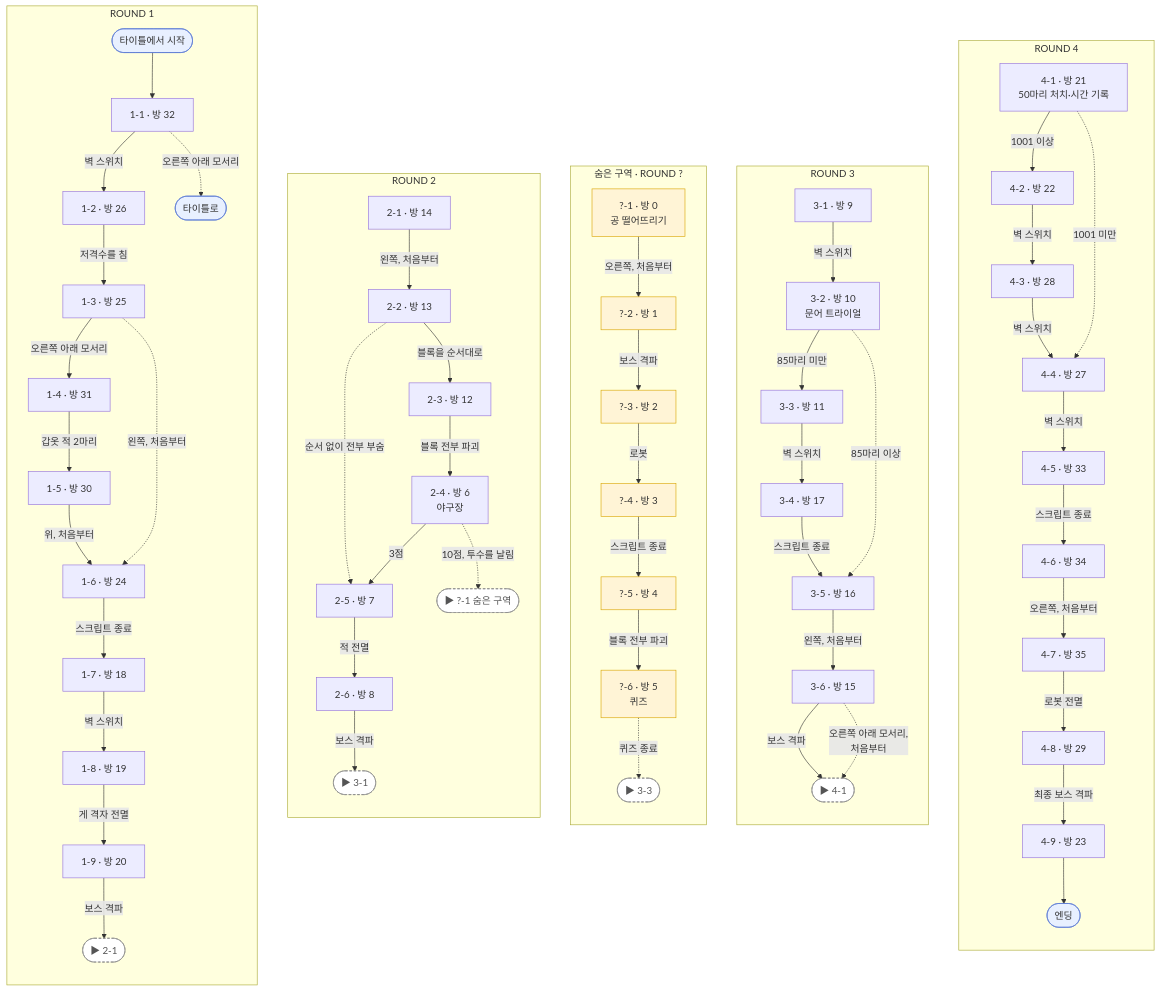
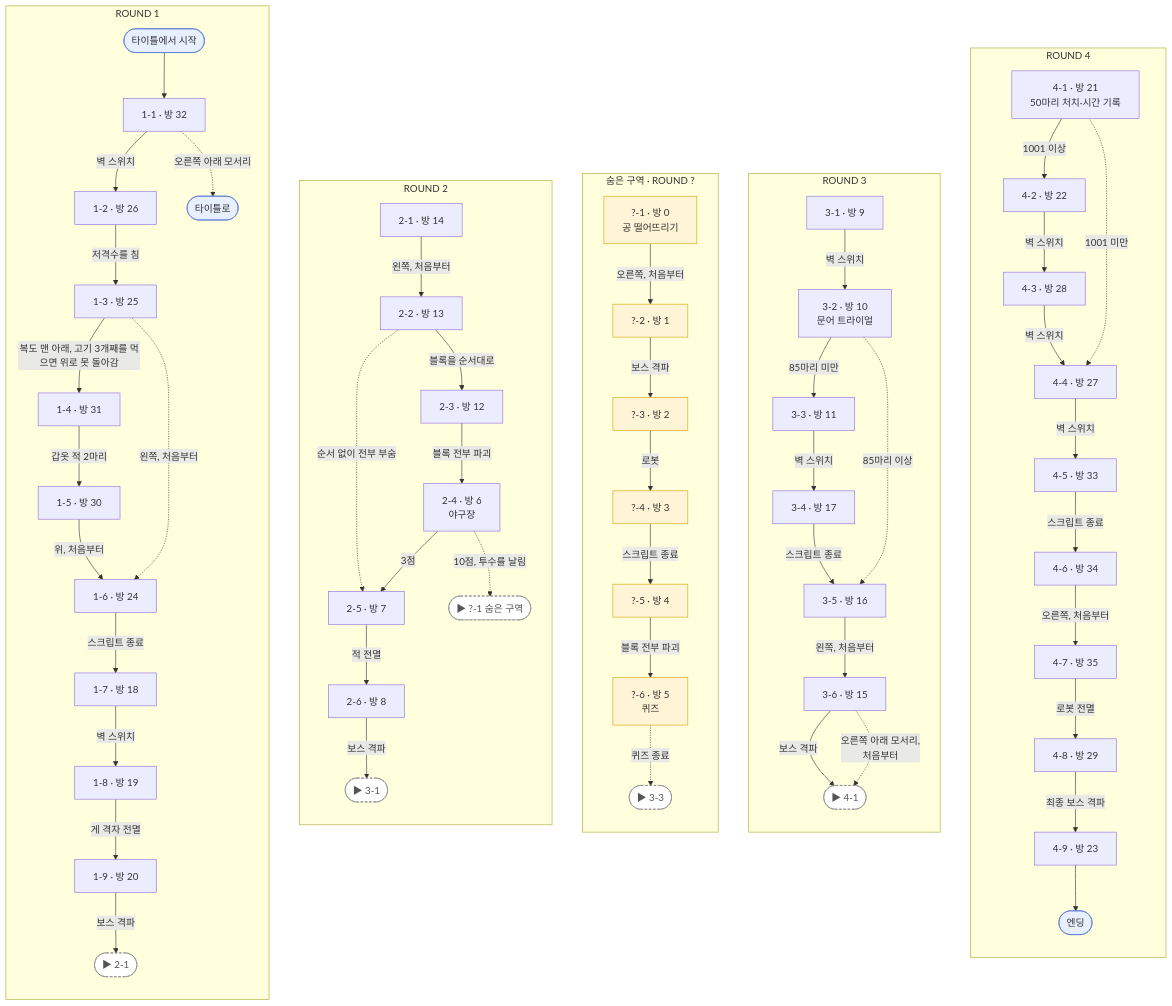
One commit to flvrdoyster/kaisin changed the diagram in NOTES.md. Above: the diagram before and after it, drawn with Mermaid. The commit also changed other lines of this file and 2 other files, not shown here.

````diff
--- a/NOTES.md
+++ b/NOTES.md
@@ -263,74 +263,74 @@
 ```mermaid
 flowchart TB
   subgraph W4["ROUND 4"]
     direction TB
     R21["4-1 · 방 21<br/>50마리 처치·시간 기록"] -->|1001 이상| R22["4-2 · 방 22"]
     R22 -->|벽 스위치| R28["4-3 · 방 28"]
     R28 -->|벽 스위치| R27["4-4 · 방 27"]
     R21 -.->|1001 미만| R27
     R27 -->|벽 스위치| R33["4-5 · 방 33"]
     R33 -->|스크립트 종료| R34["4-6 · 방 34"]
     R34 -->|오른쪽, 처음부터| R35["4-7 · 방 35"]
     R35 -->|로봇 전멸| R29["4-8 · 방 29"]
     R29 -->|최종 보스 격파| R23["4-9 · 방 23"]
     R23 --> ENDING([엔딩])
   end
 
   subgraph W3["ROUND 3"]
     direction TB
     R9["3-1 · 방 9"] -->|벽 스위치| R10["3-2 · 방 10<br/>문어 트라이얼"]
     R10 -->|85마리 미만| R11["3-3 · 방 11"]
     R11 -->|벽 스위치| R17["3-4 · 방 17"]
     R17 -->|스크립트 종료| R16["3-5 · 방 16"]
     R10 -.->|85마리 이상| R16
     R16 -->|왼쪽, 처음부터| R15["3-6 · 방 15"]
     R15 -->|보스 격파| G4a(["▶ 4-1"])
     R15 -.->|오른쪽 아래 모서리,<br/>처음부터| G4a
   end
 
   subgraph HIDDEN["숨은 구역 · ROUND ?"]
     direction TB
     R0["?-1 · 방 0<br/>공 떨어뜨리기"] -->|오른쪽, 처음부터| R1["?-2 · 방 1"]
     R1 -->|보스 격파| R2["?-3 · 방 2"]
     R2 -->|로봇| R3["?-4 · 방 3"]
     R3 -->|스크립트 종료| R4["?-5 · 방 4"]
     R4 -->|블록 전부 파괴| R5["?-6 · 방 5<br/>퀴즈"]
     R5 -.->|퀴즈 종료| G3b(["▶ 3-3"])
   end
 
   subgraph W2["ROUND 2"]
     direction TB
     R14["2-1 · 방 14"] -->|왼쪽, 처음부터| R13["2-2 · 방 13"]
     R13 -->|블록을 순서대로| R12["2-3 · 방 12"]
     R12 -->|블록 전부 파괴| R6["2-4 · 방 6<br/>야구장"]
     R6 -->|3점| R7["2-5 · 방 7"]
     R13 -.->|순서 없이 전부 부숨| R7
     R6 -.->|10점, 투수를 날림| GHa(["▶ ?-1 숨은 구역"])
     R7 -->|적 전멸| R8["2-6 · 방 8"]
     R8 -->|보스 격파| G3a(["▶ 3-1"])
   end
 
   subgraph W1["ROUND 1"]
     direction TB
     START([타이틀에서 시작]) --> R32
     R32["1-1 · 방 32"] -->|벽 스위치| R26["1-2 · 방 26"]
     R32 -.->|오른쪽 아래 모서리| TITLE([타이틀로])
     R26 -->|저격수를 침| R25["1-3 · 방 25"]
-    R25 -->|오른쪽 아래 모서리| R31["1-4 · 방 31"]
+    R25 -->|복도 맨 아래, 고기 3개째를 먹으면 위로 못 돌아감| R31["1-4 · 방 31"]
     R31 -->|갑옷 적 2마리| R30["1-5 · 방 30"]
     R30 -->|위, 처음부터| R24["1-6 · 방 24"]
     R25 -.->|왼쪽, 처음부터| R24
     R24 -->|스크립트 종료| R18["1-7 · 방 18"]
     R18 -->|벽 스위치| R19["1-8 · 방 19"]
     R19 -->|게 격자 전멸| R20["1-9 · 방 20"]
     R20 -->|보스 격파| G2a(["▶ 2-1"])
   end
 
   classDef hidden fill:#fff4d6,stroke:#d9a400
   classDef term fill:#e8f0ff,stroke:#5b7bd5
   classDef jump fill:#ffffff,stroke:#888,stroke-dasharray:4 3,color:#555
   class R0,R1,R2,R3,R4,R5 hidden
   class START,TITLE,ENDING term
   class G2a,GHa,G3a,G3b,G4a jump
 
 ```
````
